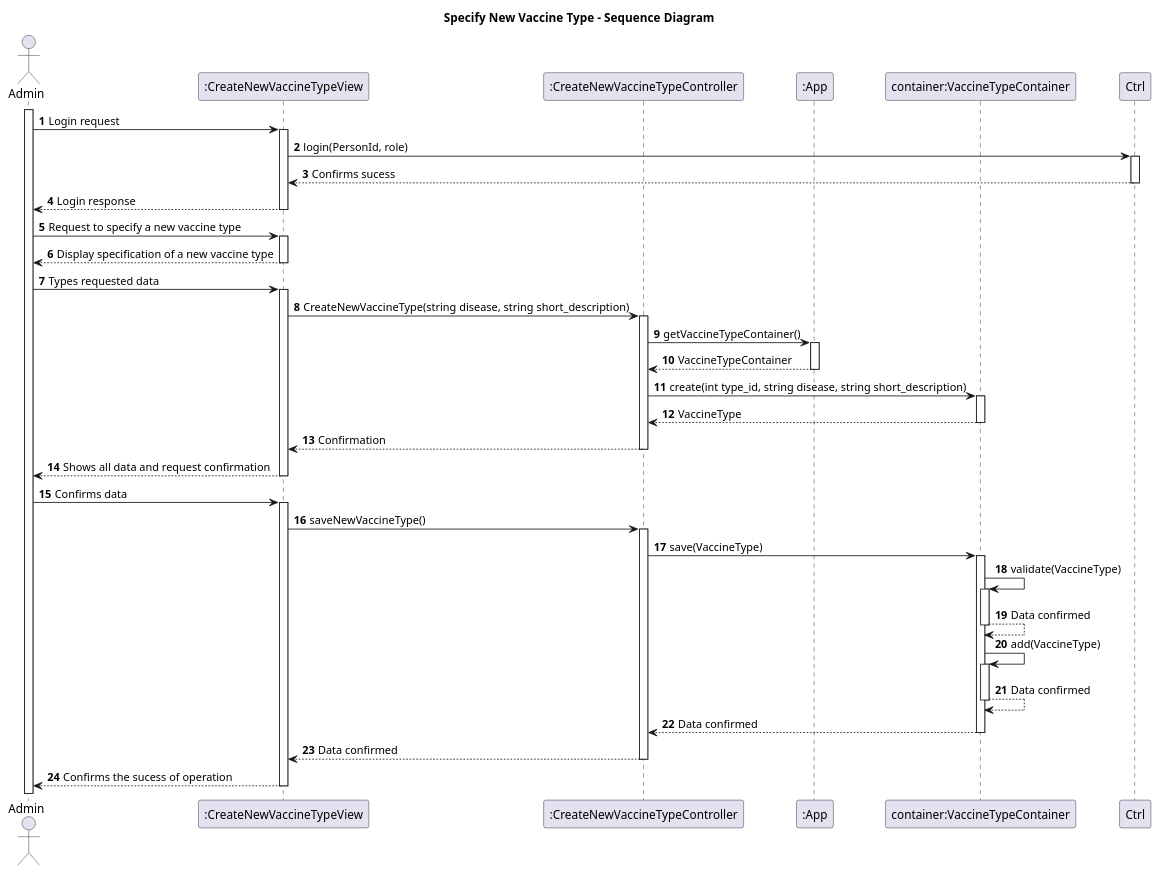
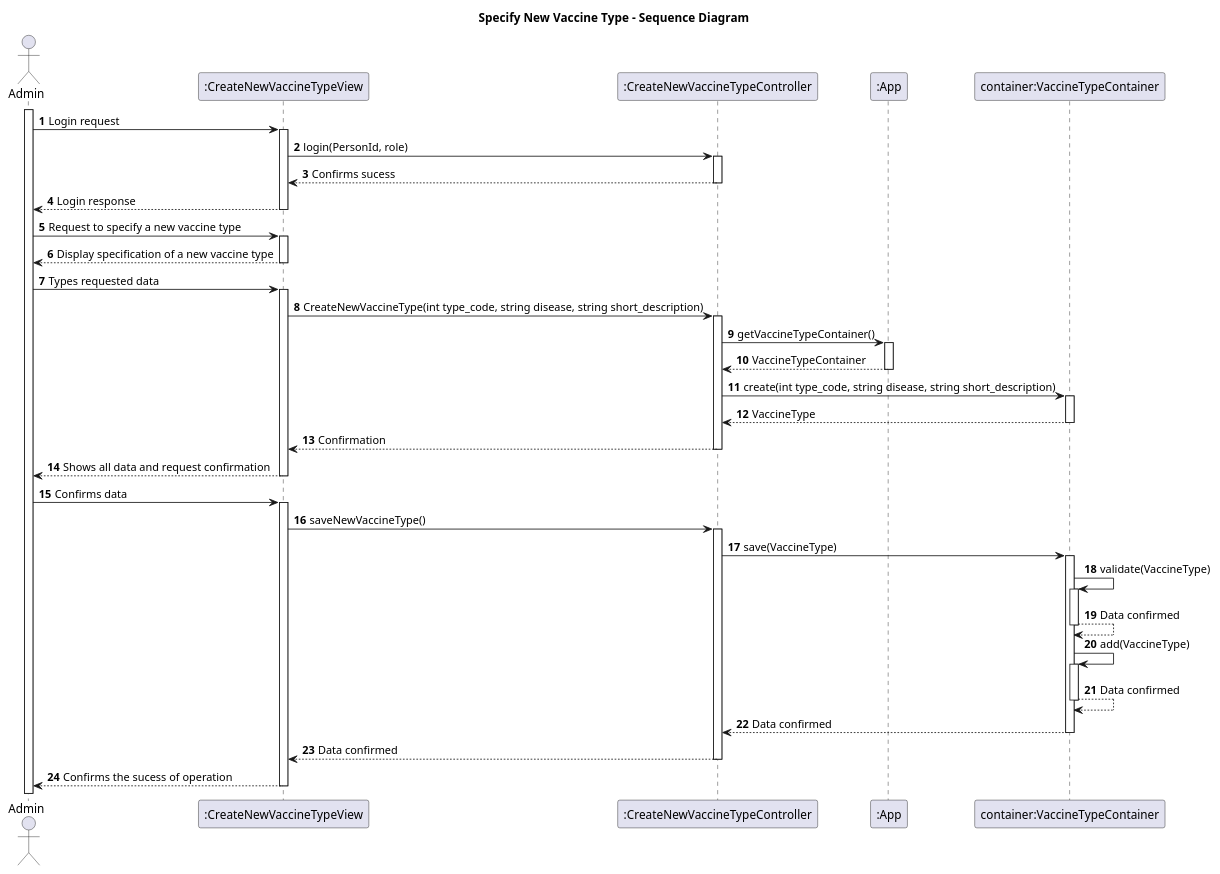
The diagram in docs/Sprint2/US10/puml/US10 - SD.puml (Parafita123/leti-esoft-25-26-B1), drawn with PlantUML before and after one commit. The commit also changed 20 other files, not shown here.

Commit message:
Criação de classes para os headers e os sources (vazios) para a US10. Documentação colocada no sprint 2 e atualização do modelo de domínio: hierarquia em employee e facility, remoção de vaccine_type em algumas classes do modelo e remoção de atributos não requisitados pelo cliente.

```diff
--- a/docs/Sprint2/US10/puml/US10 - SD.puml
+++ b/docs/Sprint2/US10/puml/US10 - SD.puml
@@ -1,45 +1,45 @@
 @startuml
 
 title Specify New Vaccine Type - Sequence Diagram
 
 autoactivate on
 autonumber
 
 actor "Admin" as admin
 participant ":CreateNewVaccineTypeView" as view
 participant ":CreateNewVaccineTypeController" as ctrl
 participant ":App" as app
 participant "container:VaccineTypeContainer" as container
 
 activate admin
 
 admin -> view: Login request
-view -> Ctrl: login(PersonId, role)
-Ctrl --> view: Confirms sucess
+view -> ctrl: login(PersonId, role)
+ctrl --> view: Confirms sucess
 view --> admin: Login response
 
 admin -> view: Request to specify a new vaccine type
 view --> admin: Display specification of a new vaccine type
 admin -> view: Types requested data
-view -> ctrl: CreateNewVaccineType(string disease, string short_description)
+view -> ctrl: CreateNewVaccineType(int type_code, string disease, string short_description)
 ctrl -> app: getVaccineTypeContainer()
 app --> ctrl: VaccineTypeContainer
-ctrl -> container: create(int type_id, string disease, string short_description)
+ctrl -> container: create(int type_code, string disease, string short_description)
 container --> ctrl: VaccineType
 ctrl --> view: Confirmation
 view --> admin: Shows all data and request confirmation
 admin -> view: Confirms data
 view -> ctrl: saveNewVaccineType()
 ctrl -> container: save(VaccineType)
 container -> container: validate(VaccineType)
 container --> container: Data confirmed
 container -> container: add(VaccineType)
 container --> container: Data confirmed
 container --> ctrl: Data confirmed
 ctrl --> view: Data confirmed
 view --> admin: Confirms the sucess of operation
 
 
 
 
 @enduml
```
